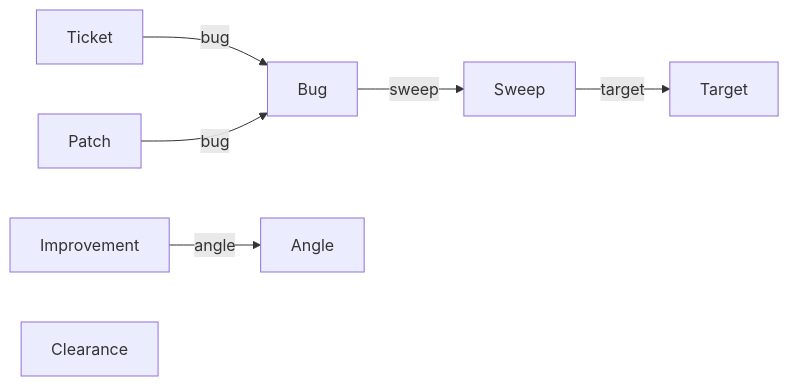
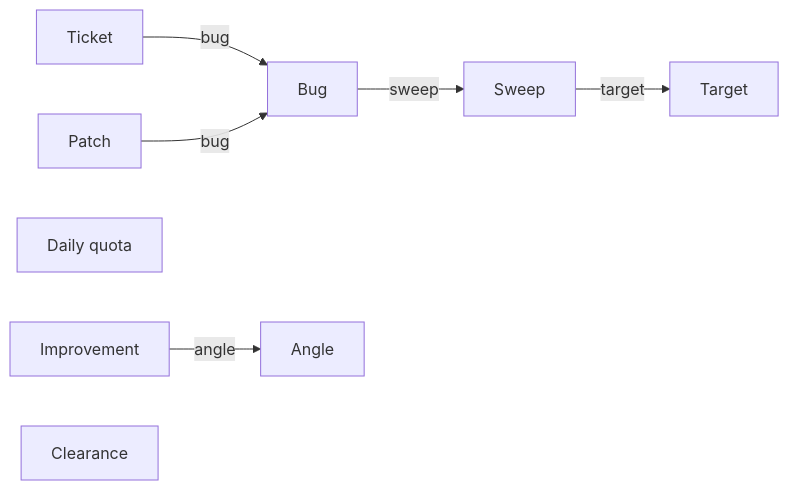
Before and after one commit to heckslabs/hecks: the first of 18 diagrams in qa/glossary/glossary.md, drawn with Mermaid. The commit also changed other lines of this file and 25 other files, not shown here.

````diff
--- a/qa/glossary/glossary.md
+++ b/qa/glossary/glossary.md
@@ -7,16 +7,17 @@
 ```mermaid
 flowchart LR
     n_target["Target"]
     n_sweep["Sweep"]
     n_bug["Bug"]
     n_angle["Angle"]
     n_ticket["Ticket"]
     n_patch["Patch"]
+    n_daily_quota["Daily quota"]
     n_improvement["Improvement"]
     n_clearance["Clearance"]
     n_sweep -->|"target"| n_target
     n_bug -->|"sweep"| n_sweep
     n_ticket -->|"bug"| n_bug
     n_patch -->|"bug"| n_bug
     n_improvement -->|"angle"| n_angle
 ```
````
